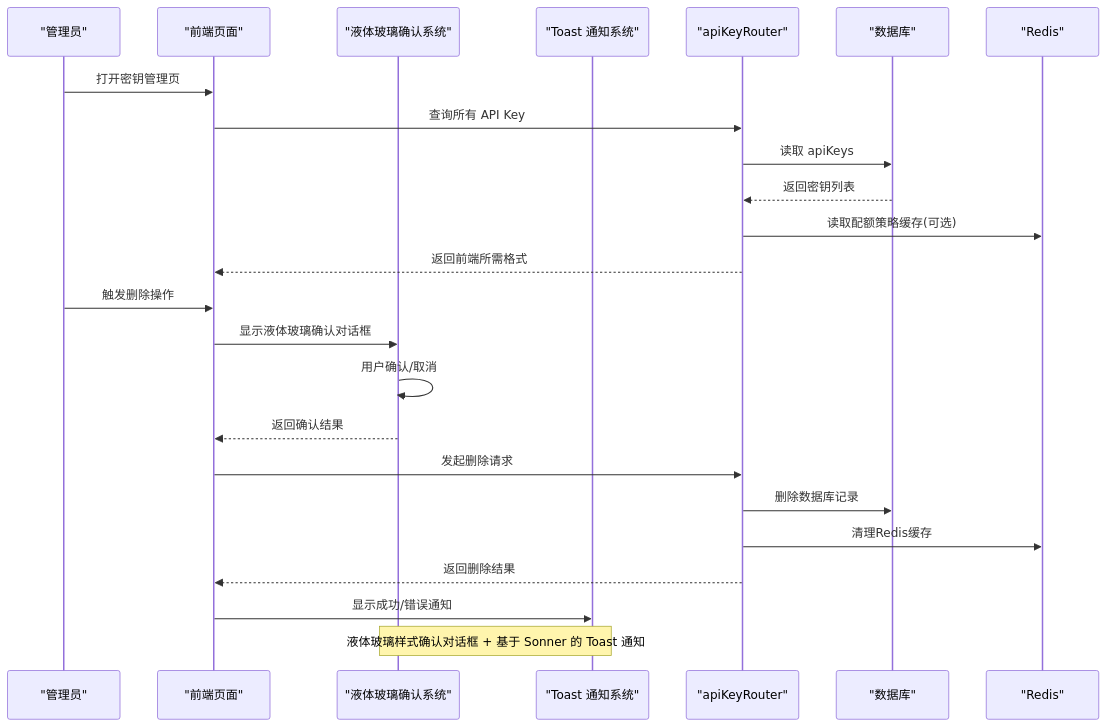
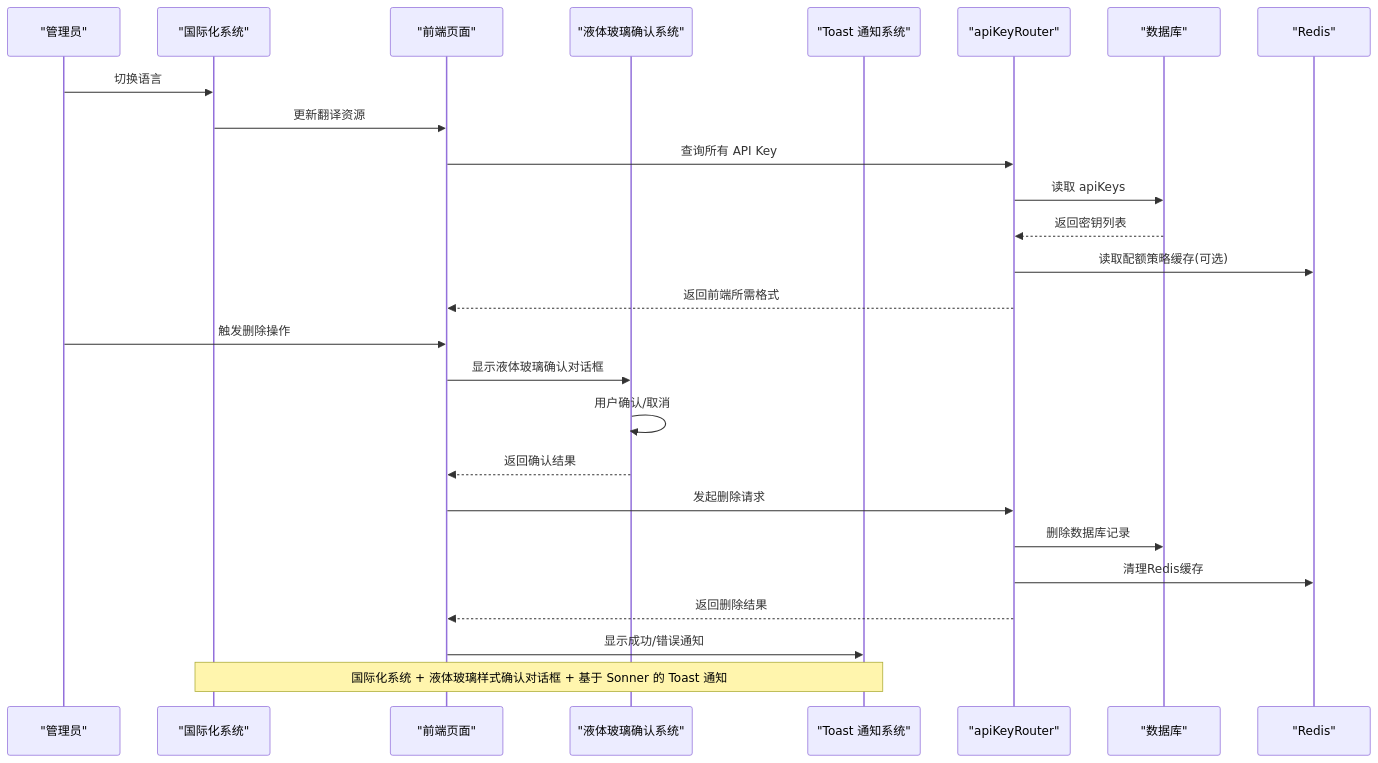
The second of 10 diagrams in .qoder/repowiki/zh/content/核心功能/API Key 管理.md (RadiumAg/AIGate), drawn with Mermaid before and after one commit. The commit also changed other lines of this file and 4 other files, not shown here.

````diff
--- a/.qoder/repowiki/zh/content/核心功能/API Key 管理.md
+++ b/.qoder/repowiki/zh/content/核心功能/API Key 管理.md
@@ -123,26 +146,28 @@
 ```mermaid
 sequenceDiagram
 participant Admin as "管理员"
+participant I18n as "国际化系统"
 participant UI as "前端页面"
 participant Confirm as "液体玻璃确认系统"
 participant Toast as "Toast 通知系统"
 participant API as "apiKeyRouter"
 participant DB as "数据库"
 participant Cache as "Redis"
-Admin->>UI : 打开密钥管理页
+Admin->>I18n : 切换语言
+I18n->>UI : 更新翻译资源
 UI->>API : 查询所有 API Key
 API->>DB : 读取 apiKeys
 DB-->>API : 返回密钥列表
 API->>Cache : 读取配额策略缓存(可选)
 API-->>UI : 返回前端所需格式
 Admin->>UI : 触发删除操作
 UI->>Confirm : 显示液体玻璃确认对话框
 Confirm->>Confirm : 用户确认/取消
 Confirm-->>UI : 返回确认结果
 UI->>API : 发起删除请求
 API->>DB : 删除数据库记录
 API->>Cache : 清理Redis缓存
 API-->>UI : 返回删除结果
 UI->>Toast : 显示成功/错误通知
-Note over Confirm,Toast : 液体玻璃样式确认对话框 + 基于 Sonner 的 Toast 通知
+Note over I18n,Toast : 国际化系统 + 液体玻璃样式确认对话框 + 基于 Sonner 的 Toast 通知
 ```
````
